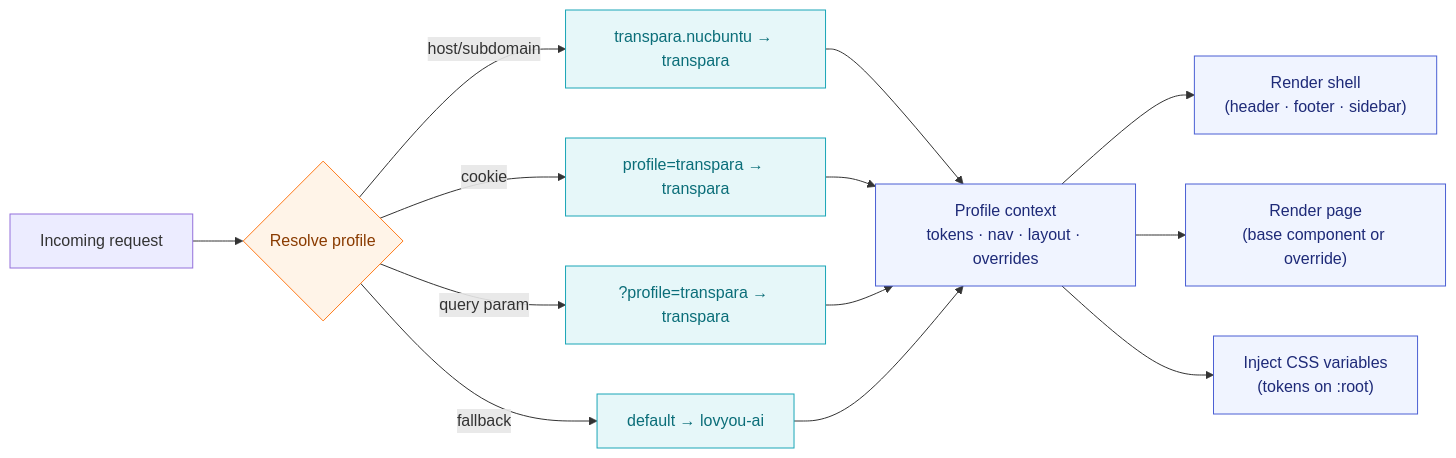
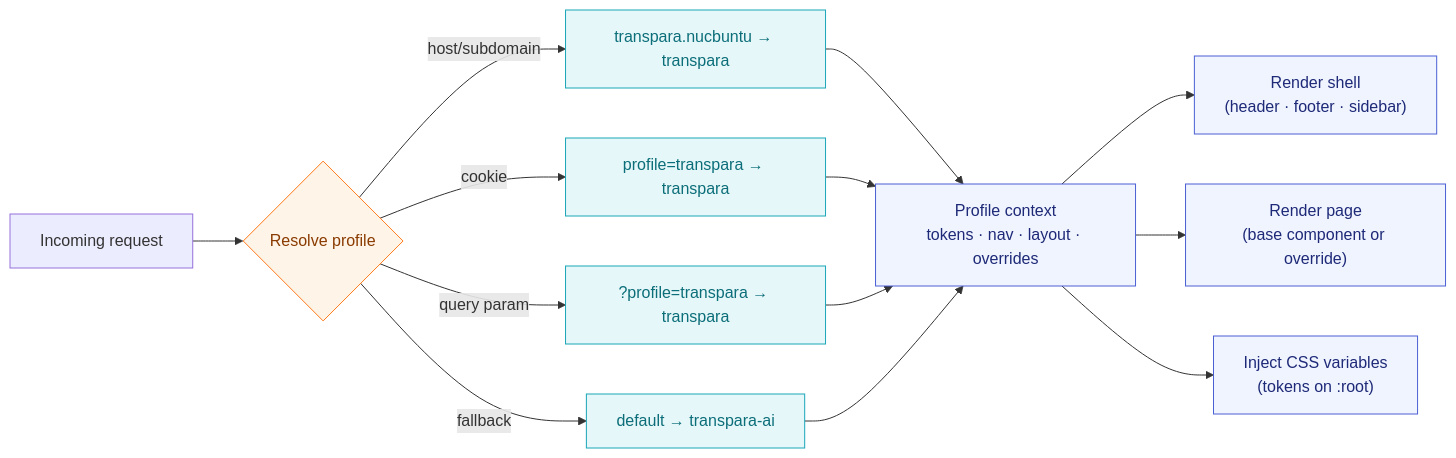
One commit to transpara-ai/site changed the third of 5 diagrams in docs/site-profile-redesign/02-display-profile-system.md. Above: the diagram before and after it, drawn with Mermaid. The commit also changed other lines of this file and 108 other files, not shown here.

````diff
--- a/docs/site-profile-redesign/02-display-profile-system.md
+++ b/docs/site-profile-redesign/02-display-profile-system.md
@@ -189,25 +189,25 @@
 ```mermaid
 flowchart LR
     Request["Incoming request"] --> Resolve{"Resolve profile"}
     Resolve -->|host/subdomain| A["transpara.nucbuntu → transpara"]
     Resolve -->|cookie| B["profile=transpara → transpara"]
     Resolve -->|query param| C["?profile=transpara → transpara"]
-    Resolve -->|fallback| D["default → lovyou-ai"]
+    Resolve -->|fallback| D["default → transpara-ai"]
 
     A --> Context["Profile context<br/>tokens · nav · layout · overrides"]
     B --> Context
     C --> Context
     D --> Context
 
     Context --> Shell["Render shell<br/>(header · footer · sidebar)"]
     Context --> Page["Render page<br/>(base component or override)"]
     Context --> CSS["Inject CSS variables<br/>(tokens on :root)"]
 
     classDef decision fill:#fff4e8,stroke:#ff7a1a,color:#8a3b00
     classDef source fill:#e6f7f9,stroke:#1aa6b7,color:#0b6e79
     classDef render fill:#f0f4ff,stroke:#4b5fd4,color:#1e2a78
 
     class Resolve decision
     class A,B,C,D source
     class Context,Shell,Page,CSS render
 ```
````
